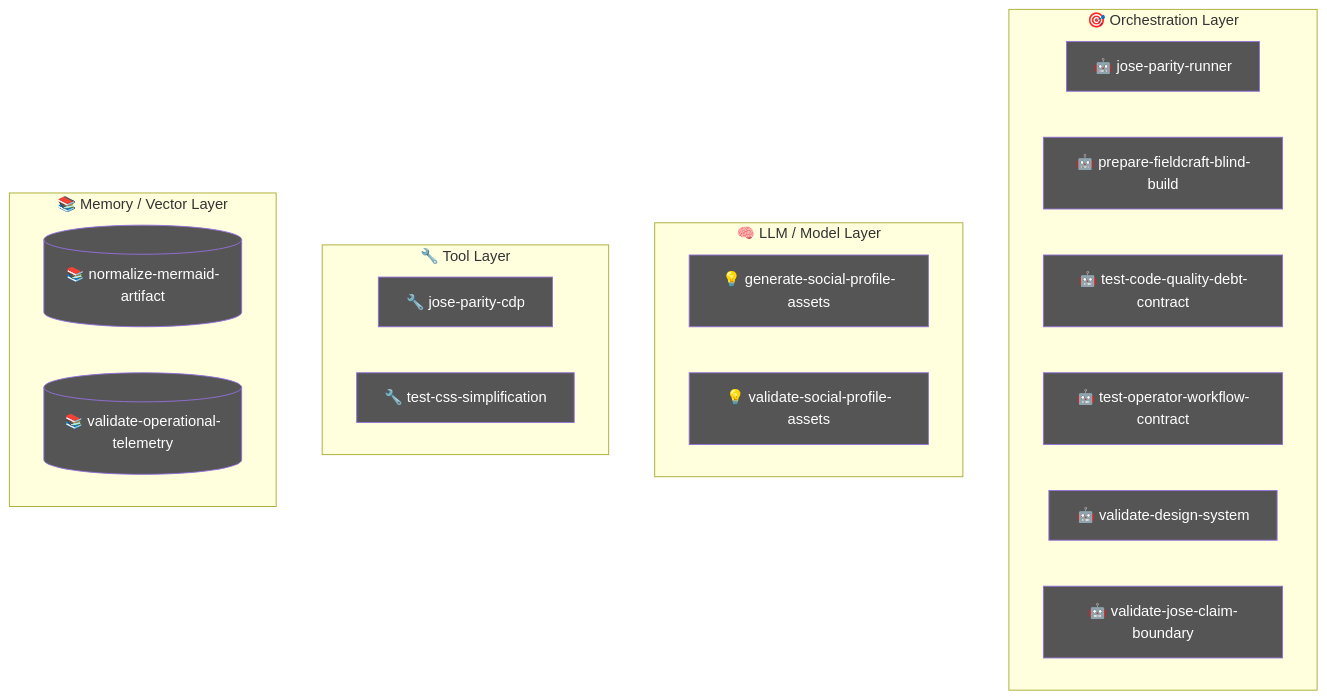
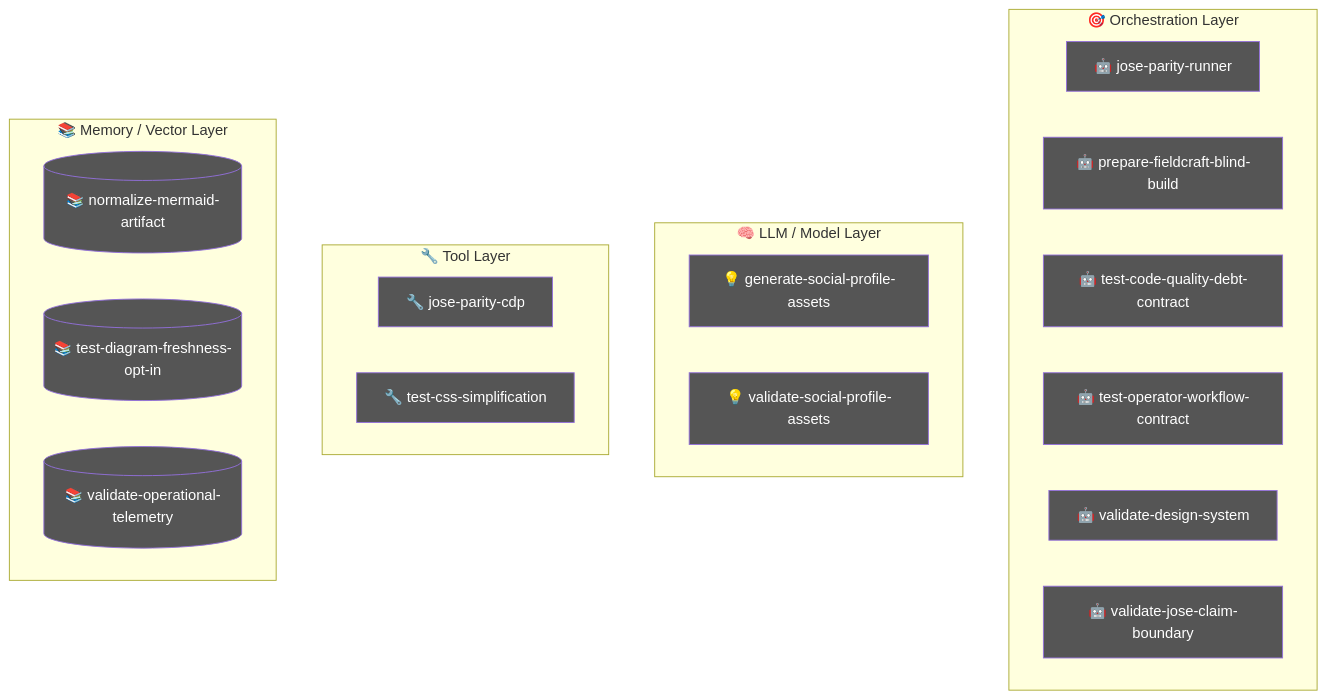
One commit to jscraik/websites changed the diagram in .diagram/agent.mmd. Above: the diagram before and after it, drawn with Mermaid. The commit also changed 9 other files, not shown here.

```diff
--- a/.diagram/agent.mmd
+++ b/.diagram/agent.mmd
@@ -1,29 +1,30 @@
 flowchart TD
   subgraph Orchestration["🎯 Orchestration Layer"]
     jose_parity_runner_50cc4344["🤖 jose-parity-runner"]
     prepare_fieldcraft_blind_build_8ab85212["🤖 prepare-fieldcraft-blind-build"]
     test_code_quality_debt_contract_569cff13["🤖 test-code-quality-debt-contract"]
     test_operator_workflow_contract_b4a152d7["🤖 test-operator-workflow-contract"]
     validate_design_system_b8a5f37c["🤖 validate-design-system"]
     validate_jose_claim_boundary_01082824["🤖 validate-jose-claim-boundary"]
   end
   subgraph LLMLayer["🧠 LLM / Model Layer"]
     generate_social_profile_assets_f4f94011["💡 generate-social-profile-assets"]
     validate_social_profile_assets_a023937b["💡 validate-social-profile-assets"]
   end
   subgraph ToolLayer["🔧 Tool Layer"]
     jose_parity_cdp_bdcde21d["🔧 jose-parity-cdp"]
     test_css_simplification_05516724["🔧 test-css-simplification"]
   end
   subgraph MemoryLayer["📚 Memory / Vector Layer"]
     normalize_mermaid_artifact_9dba7231[("📚 normalize-mermaid-artifact")]
+    test_diagram_freshness_opt_in_96293749[("📚 test-diagram-freshness-opt-in")]
     validate_operational_telemetry_cb447bde[("📚 validate-operational-telemetry")]
   end
   classDef agentNode fill:#555,color:#fff
   class jose_parity_runner_50cc4344,prepare_fieldcraft_blind_build_8ab85212,test_code_quality_debt_contract_569cff13,test_operator_workflow_contract_b4a152d7,validate_design_system_b8a5f37c,validate_jose_claim_boundary_01082824 agentNode
   classDef llmNode fill:#555,color:#fff
   class generate_social_profile_assets_f4f94011,validate_social_profile_assets_a023937b llmNode
   classDef toolNode fill:#555,color:#fff
   class jose_parity_cdp_bdcde21d,test_css_simplification_05516724 toolNode
   classDef memNode fill:#555,color:#fff
-  class normalize_mermaid_artifact_9dba7231,validate_operational_telemetry_cb447bde memNode
+  class normalize_mermaid_artifact_9dba7231,test_diagram_freshness_opt_in_96293749,validate_operational_telemetry_cb447bde memNode
```
